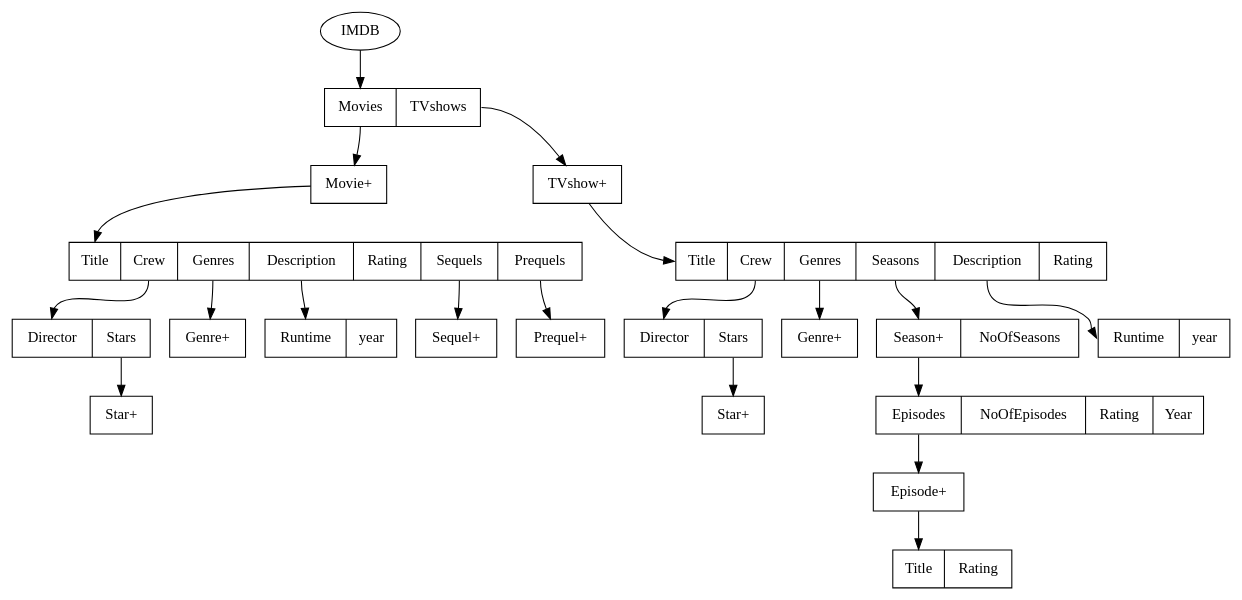
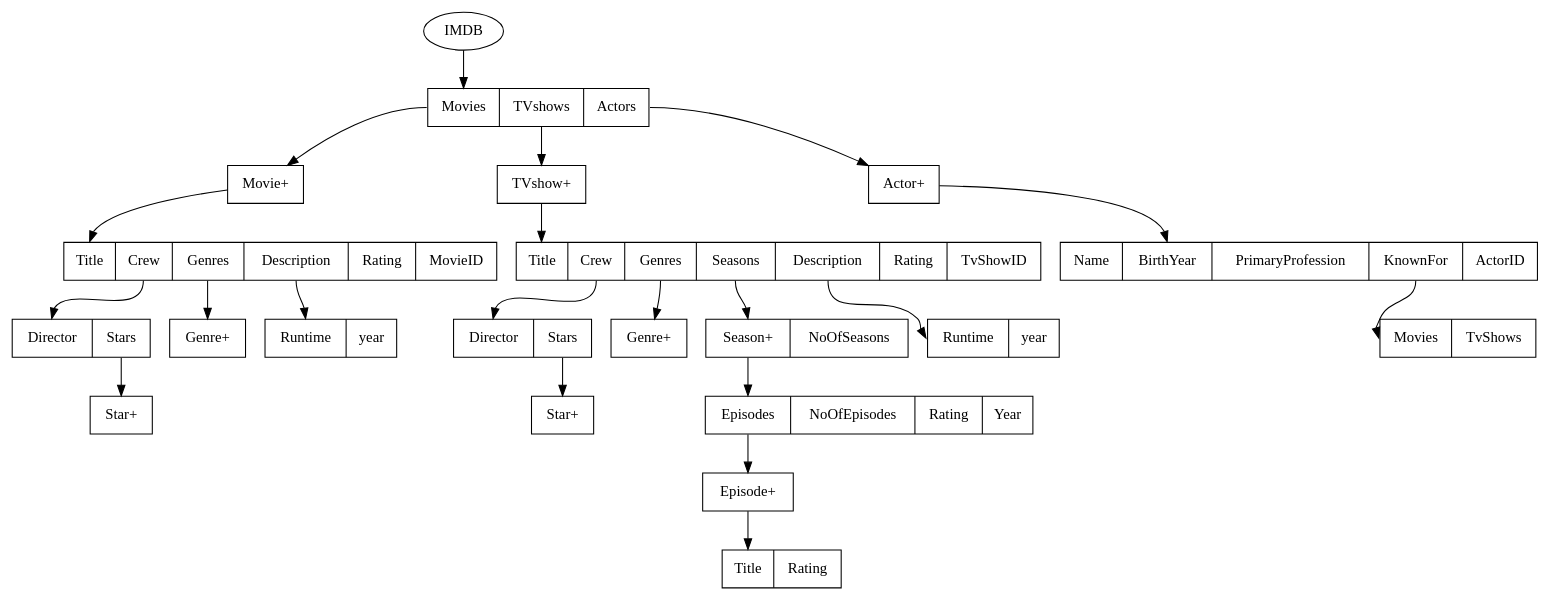
Before and after one commit to akhiln28/ontology_assignment1: the diagram in imdb.dot, drawn with Graphviz. The commit also changed 1 other file, not shown here.

```diff
--- a/imdb.dot
+++ b/imdb.dot
@@ -1,59 +1,68 @@
 digraph g{
     IMDB[label="IMDB"]
-    IMDB_table[label = "<f0>Movies|<f1>TVshows" shape = "record"]
+    IMDB_table[label = "<f0>Movies|<f1>TVshows| <f2> Actors" shape = "record"]
     IMDB->IMDB_table:f0
 
     Movies_table[label = "Movie+" shape = "record"]
     IMDB_table:f0->Movies_table
 
-    Movie_table[label = "<f0> Title| <f1>Crew| <f2> Genres| <f3> Description| <f4> Rating| <f5> Sequels| <f6> Prequels" shape = "record"]
+    Movie_table[label = "<f0> Title| <f1>Crew| <f2> Genres| <f3> Description| <f4> Rating| <f5> MovieID" shape = "record"]
     Movies_table->Movie_table:f0
 
     Crew_table[label="<f0> Director| <f1> Stars" shape = "record"]
     Movie_table:f1->Crew_table:f0
 
     Stars_table[label="Star+" shape = "record"]
     Crew_table:f1->Stars_table
 
     Genres_table[label = "Genre+" shape = "record"]
     Movie_table:f2->Genres_table
 
     Description_table[label = "<f0> Runtime| <f1> year" shape = "record"]
     Movie_table:f3->Description_table:f0
 
-    Sequels_table[label="Sequel+" shape = "record"]
-    Movie_table:f5->Sequels_table
+    // Sequels_table[label="Sequel+" shape = "record"]
+    // Movie_table:f5->Sequels_table
 
-    Prequels_table[label = "Prequel+" shape = "record"]
-    Movie_table:f6->Prequels_table
+    // Prequels_table[label = "Prequel+" shape = "record"]
+    // Movie_table:f6->Prequels_table
 
     TVshows_table[label = "TVshow+" shape = "record"]
     IMDB_table:f1->TVshows_table
 
-    TVshow_table[label = "<f0> Title| <f1> Crew| <f2> Genres| <f3> Seasons| <f4> Description| <f5> Rating" shape = "record"]
+    TVshow_table[label = "<f0> Title| <f1> Crew| <f2> Genres| <f3> Seasons| <f4> Description| <f5> Rating| <f6> TvShowID" shape = "record"]
     TVshows_table->TVshow_table:f0
 
     Crew_table2[label = "<f0> Director| <f1> Stars" shape = "record"]
     TVshow_table:f1->Crew_table2:f0
 
     Stars_table2[label="Star+" shape = "record"]
     Crew_table2:f1->Stars_table2
 
     Genres_table2[label = "Genre+" shape = "record"]
     TVshow_table:f2->Genres_table2
 
     Seasons_table[label = "<f0> Season+| <f1> NoOfSeasons" shape = "record"]    
     TVshow_table:f3->Seasons_table:f0
 
     Season_table[label = "<f0> Episodes| <f1> NoOfEpisodes| <f2> Rating| <f3> Year" shape = "record"]
     Seasons_table:f0->Season_table:f0
 
     Episodes_table[label = "Episode+" shape = "record"]
     Season_table:f0->Episodes_table
     
     Episode_table[label = "<f0> Title| <f1> Rating" shape = "record"]
     Episodes_table->Episode_table:f0
 
     Description_table2[label = "<f0> Runtime| <f1> year" shape = "record"]
     TVshow_table:f4->Description_table2:f0
+
+    Actors_table[label = "Actor+" shape = "record"]
+    IMDB_table:f2->Actors_table
+
+    Actor_table[label="<f0> Name| <f1> BirthYear| <f2> PrimaryProfession| <f3> KnownFor| ActorID" shape = "record"]
+    Actors_table->Actor_table:f1
+
+    KnownFor_table[label = "<f0> Movies| <f1> TvShows" shape = "record"]
+    Actor_table:f3->KnownFor_table:f0
 }
```
